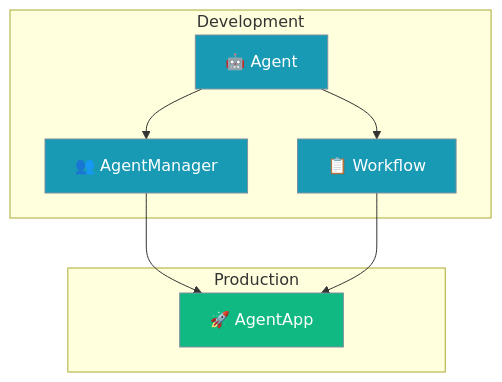
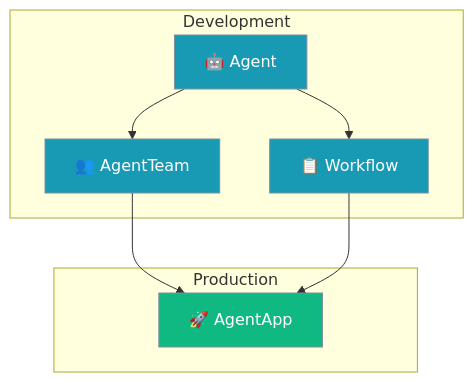
Before and after one commit to MervinPraison/PraisonAIDocs: the first of 2 diagrams in docs/concepts/core-components.mdx, drawn with Mermaid. The commit also changed other lines of this file and 270 other files, not shown here.

````diff
--- a/docs/concepts/core-components.mdx
+++ b/docs/concepts/core-components.mdx
@@ -10,23 +10,23 @@
 ```mermaid
 graph TB
     subgraph "Development"
         Agent[🤖 Agent]
-        AgentManager[👥 AgentManager]
+        AgentTeam[👥 AgentTeam]
         Workflow[📋 Workflow]
     end
     
     subgraph "Production"
         AgentApp[🚀 AgentApp]
     end
     
-    Agent --> AgentManager
+    Agent --> AgentTeam
     Agent --> Workflow
-    AgentManager --> AgentApp
+    AgentTeam --> AgentApp
     Workflow --> AgentApp
     
     classDef dev fill:#189AB4,stroke:#7C90A0,color:#fff
     classDef prod fill:#10B981,stroke:#7C90A0,color:#fff
     
-    class Agent,AgentManager,Workflow dev
+    class Agent,AgentTeam,Workflow dev
     class AgentApp prod
 ```
````
